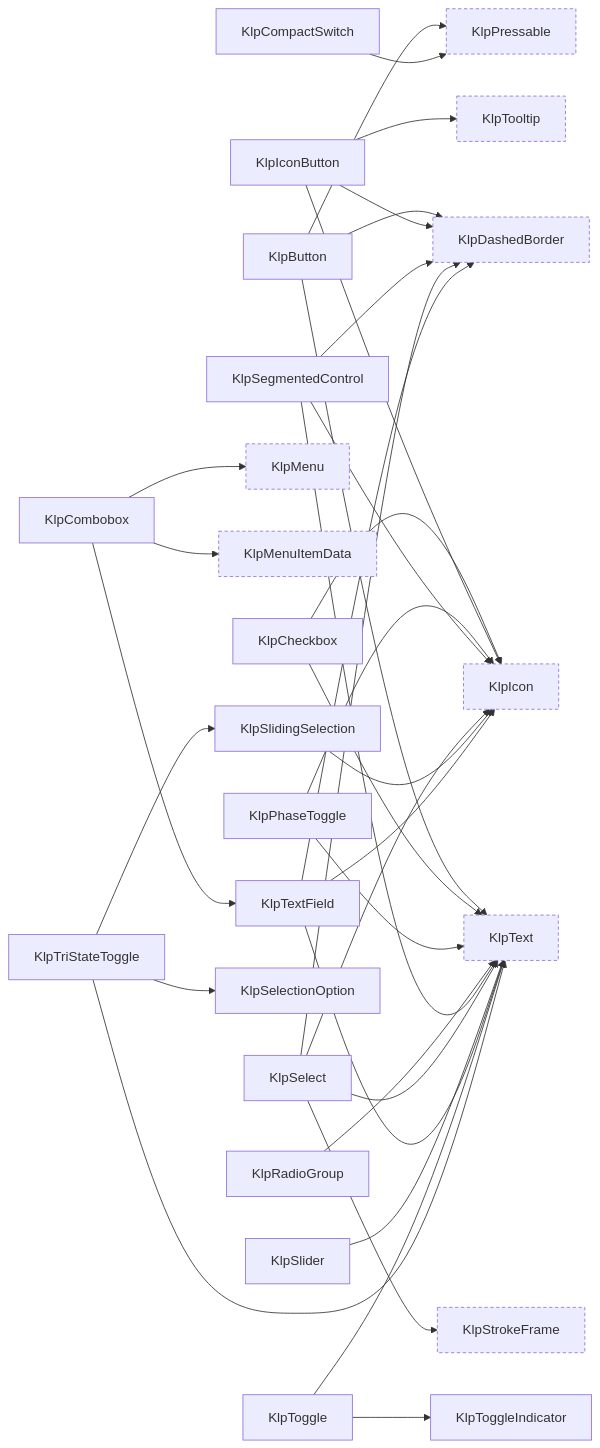
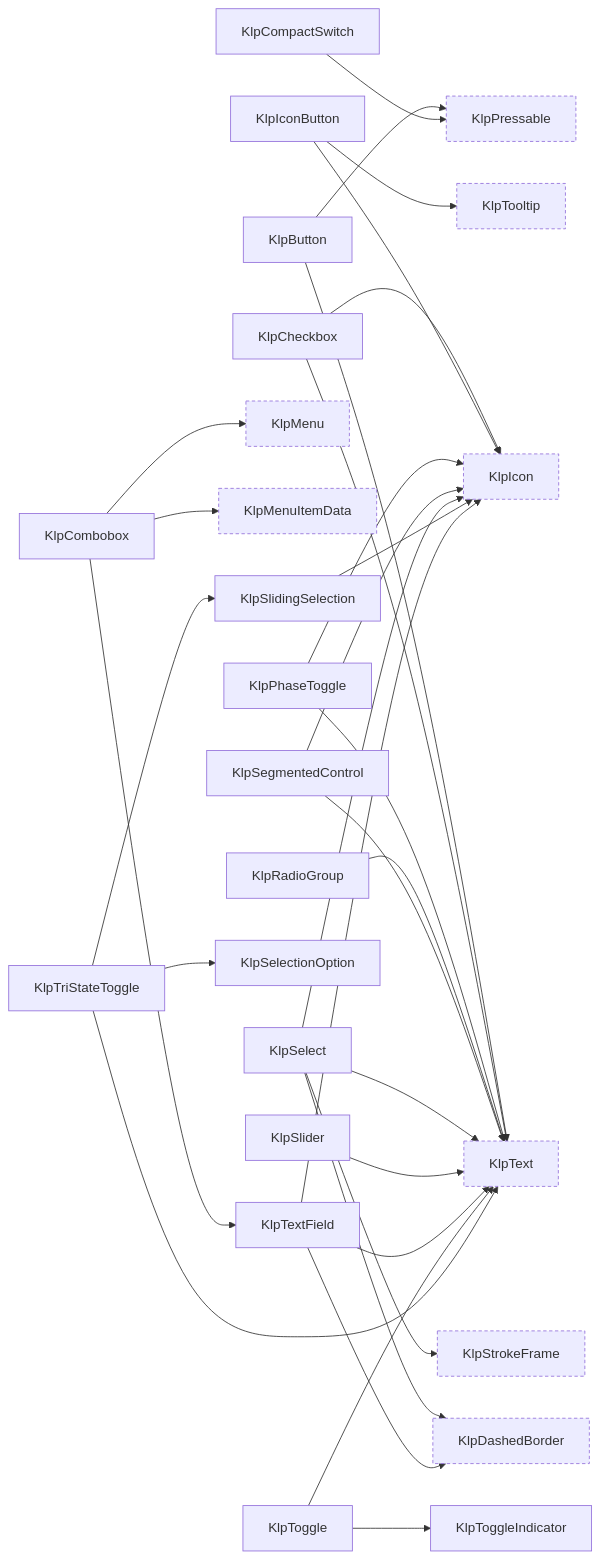
Before and after one commit to MiuDog/Kallopis: the eighth of 16 diagrams in spec/component-inventory.md, drawn with Mermaid. The commit also changed other lines of this file and 112 other files, not shown here.

````diff
--- a/spec/component-inventory.md
+++ b/spec/component-inventory.md
@@ -422,60 +421,57 @@
 ```mermaid
 graph LR
   KlpButton["KlpButton"]
   KlpCheckbox["KlpCheckbox"]
   KlpCombobox["KlpCombobox"]
   KlpCompactSwitch["KlpCompactSwitch"]
   KlpDashedBorder["KlpDashedBorder"]:::external
   KlpIcon["KlpIcon"]:::external
   KlpIconButton["KlpIconButton"]
   KlpMenu["KlpMenu"]:::external
   KlpMenuItemData["KlpMenuItemData"]:::external
   KlpPhaseToggle["KlpPhaseToggle"]
   KlpPressable["KlpPressable"]:::external
   KlpRadioGroup["KlpRadioGroup"]
   KlpSegmentedControl["KlpSegmentedControl"]
   KlpSelect["KlpSelect"]
   KlpSelectionOption["KlpSelectionOption"]
   KlpSlider["KlpSlider"]
   KlpSlidingSelection["KlpSlidingSelection"]
   KlpStrokeFrame["KlpStrokeFrame"]:::external
   KlpText["KlpText"]:::external
   KlpTextField["KlpTextField"]
   KlpToggle["KlpToggle"]
   KlpToggleIndicator["KlpToggleIndicator"]
   KlpTooltip["KlpTooltip"]:::external
   KlpTriStateToggle["KlpTriStateToggle"]
-  KlpButton --> KlpDashedBorder
   KlpButton --> KlpPressable
   KlpButton --> KlpText
   KlpCheckbox --> KlpIcon
   KlpCheckbox --> KlpText
   KlpCombobox --> KlpMenu
   KlpCombobox --> KlpMenuItemData
   KlpCombobox --> KlpTextField
   KlpCompactSwitch --> KlpPressable
-  KlpIconButton --> KlpDashedBorder
   KlpIconButton --> KlpIcon
   KlpIconButton --> KlpTooltip
   KlpPhaseToggle --> KlpIcon
   KlpPhaseToggle --> KlpText
   KlpRadioGroup --> KlpText
-  KlpSegmentedControl --> KlpDashedBorder
   KlpSegmentedControl --> KlpIcon
   KlpSegmentedControl --> KlpText
   KlpSelect --> KlpDashedBorder
   KlpSelect --> KlpIcon
   KlpSelect --> KlpStrokeFrame
   KlpSelect --> KlpText
   KlpSlider --> KlpText
   KlpSlidingSelection --> KlpIcon
   KlpTextField --> KlpDashedBorder
   KlpTextField --> KlpIcon
   KlpTextField --> KlpText
   KlpToggle --> KlpText
   KlpToggle --> KlpToggleIndicator
   KlpTriStateToggle --> KlpSelectionOption
   KlpTriStateToggle --> KlpSlidingSelection
   KlpTriStateToggle --> KlpText
   classDef external stroke-dasharray: 4 3;
 ```
````
